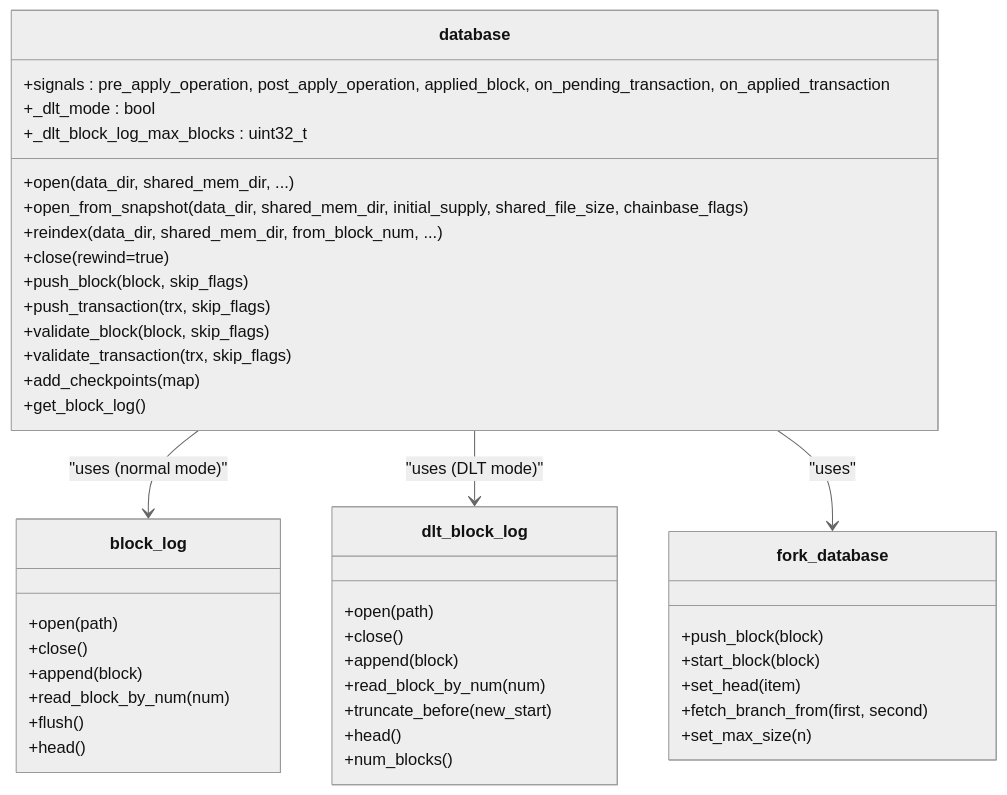
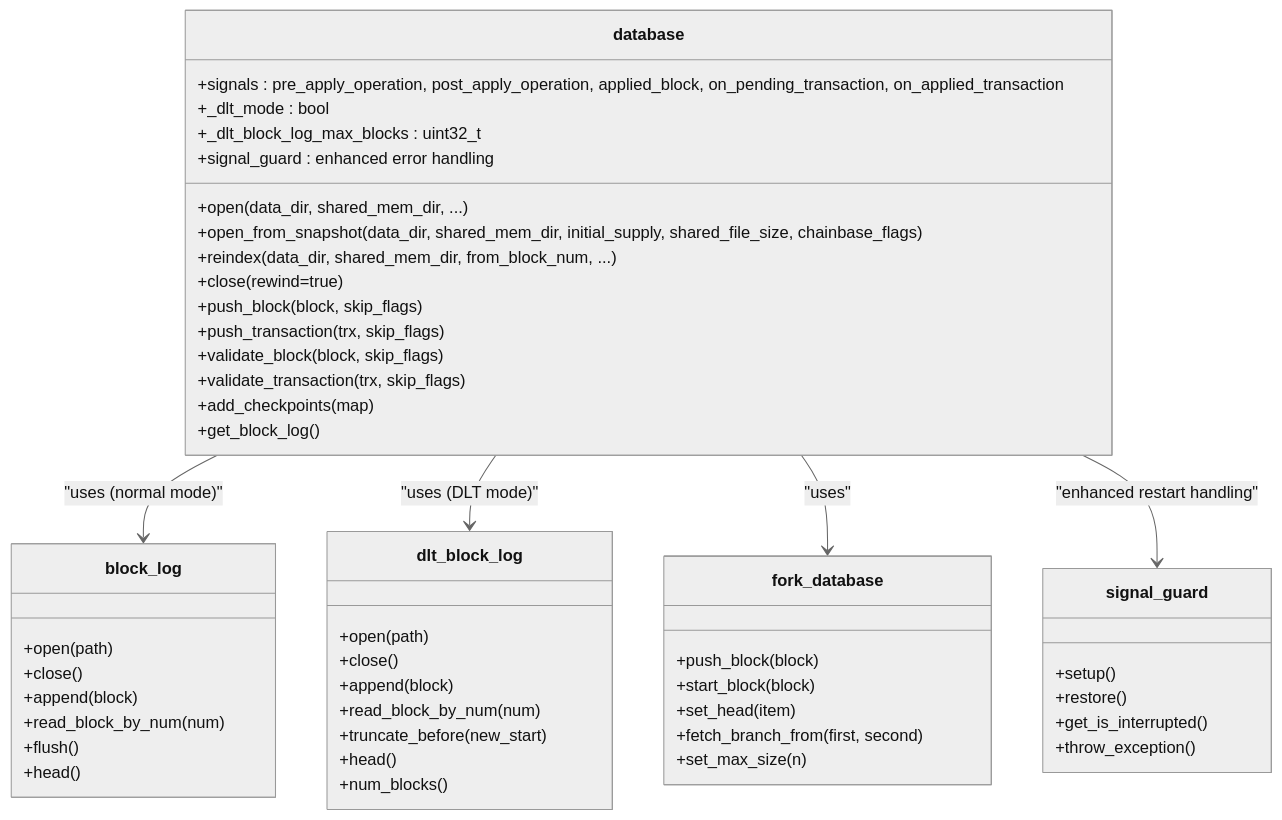
One commit to VIZ-Blockchain/viz-cpp-node changed the second of 11 diagrams in .qoder/repowiki/en/content/Architecture Overview/Core Libraries/Chain Library/Database Management/Database Management.md. Above: the diagram before and after it, drawn with Mermaid (neutral theme). The commit also changed other lines of this file and 4 other files, not shown here.

First line of the commit message:
docs(database): enhance database management with DLT mode and error handling

````diff
--- a/.qoder/repowiki/en/content/Architecture Overview/Core Libraries/Chain Library/Database Management/Database Management.md
+++ b/.qoder/repowiki/en/content/Architecture Overview/Core Libraries/Chain Library/Database Management/Database Management.md
@@ -115,45 +117,53 @@
 ```mermaid
 classDiagram
 class database {
 +open(data_dir, shared_mem_dir, ...)
 +open_from_snapshot(data_dir, shared_mem_dir, initial_supply, shared_file_size, chainbase_flags)
 +reindex(data_dir, shared_mem_dir, from_block_num, ...)
 +close(rewind=true)
 +push_block(block, skip_flags)
 +push_transaction(trx, skip_flags)
 +validate_block(block, skip_flags)
 +validate_transaction(trx, skip_flags)
 +add_checkpoints(map)
 +get_block_log()
 +signals : pre_apply_operation, post_apply_operation, applied_block, on_pending_transaction, on_applied_transaction
 +_dlt_mode : bool
 +_dlt_block_log_max_blocks : uint32_t
++signal_guard : enhanced error handling
 }
 class block_log {
 +open(path)
 +close()
 +append(block)
 +read_block_by_num(num)
 +flush()
 +head()
 }
 class dlt_block_log {
 +open(path)
 +close()
 +append(block)
 +read_block_by_num(num)
 +truncate_before(new_start)
 +head()
 +num_blocks()
 }
 class fork_database {
 +push_block(block)
 +start_block(block)
 +set_head(item)
 +fetch_branch_from(first, second)
 +set_max_size(n)
 }
+class signal_guard {
++setup()
++restore()
++get_is_interrupted()
++throw_exception()
+}
 database --> block_log : "uses (normal mode)"
 database --> dlt_block_log : "uses (DLT mode)"
 database --> fork_database : "uses"
+database --> signal_guard : "enhanced restart handling"
 ```
````
